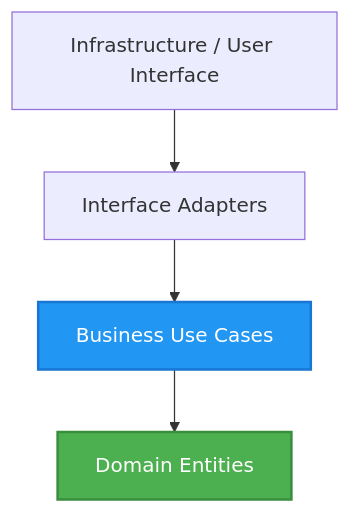
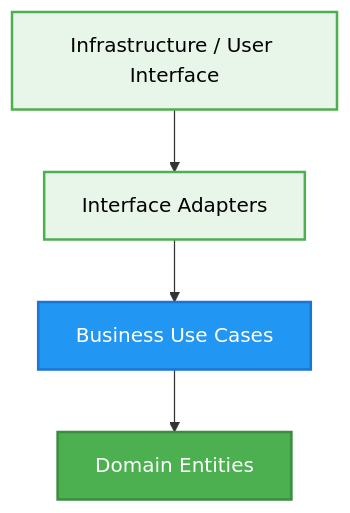
One commit to beginwebdev2002/best-practise changed the diagram in .jules/rules/architecture.md. Above: the diagram before and after it, drawn with Mermaid. The commit also changed 20 other files, not shown here.

First line of the commit message:
docs: update mermaid diagrams with UI/UX design tokens styling

````diff
--- a/.jules/rules/architecture.md
+++ b/.jules/rules/architecture.md
@@ -29,9 +29,17 @@
 ```mermaid
 graph TD
     UI[Infrastructure / User Interface] --> Adapters[Interface Adapters]
     Adapters --> Logic[Business Use Cases]
     Logic --> Domain[Domain Entities]
     
     style Domain fill:#4caf50,stroke:#388e3c,stroke-width:2px,color:#fff
     style Logic fill:#2196f3,stroke:#1976d2,stroke-width:2px,color:#fff
+    %% Added Design Token Styles for Mermaid Diagrams
+    classDef default fill:#e1f5fe,stroke:#03a9f4,stroke-width:2px,color:#000;
+    classDef component fill:#e8f5e9,stroke:#4caf50,stroke-width:2px,color:#000;
+    classDef layout fill:#f3e5f5,stroke:#9c27b0,stroke-width:2px,color:#000;
+
+    class UI component;
+    class Adapters component;
+
 ```
````
